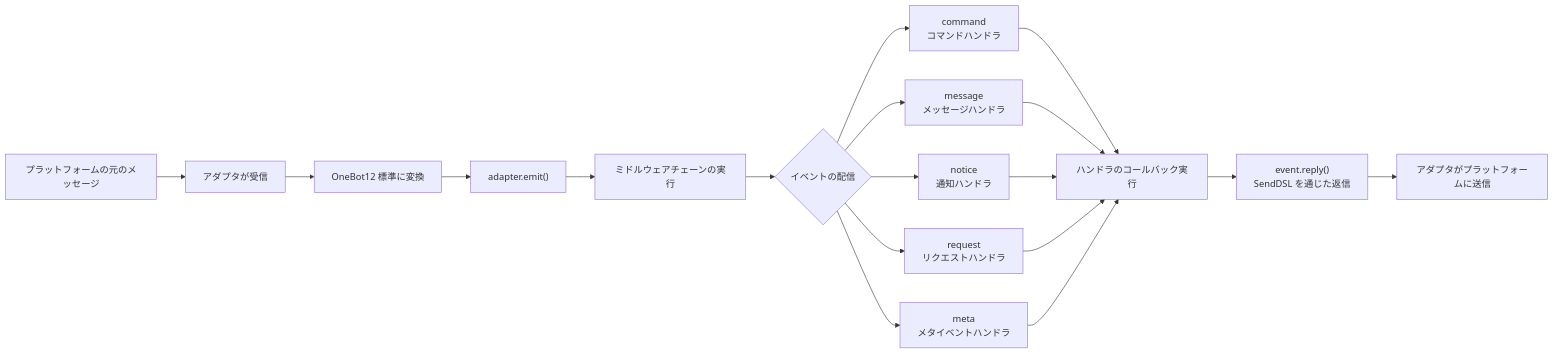
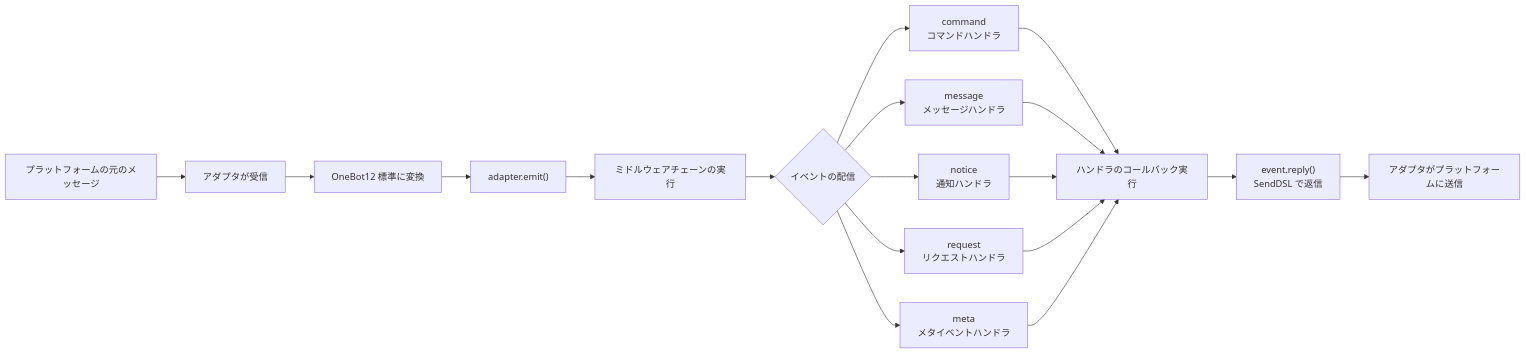
One commit to ErisPulse/ErisPulse changed the third of 9 diagrams in docs/ja/architecture.md. Above: the diagram before and after it, drawn with Mermaid. The commit also changed other lines of this file and 91 other files, not shown here.

````diff
--- a/docs/ja/architecture.md
+++ b/docs/ja/architecture.md
@@ -90,16 +90,16 @@
 ```mermaid
 flowchart LR
     A["プラットフォームの元のメッセージ"] --> B["アダプタが受信"]
     B --> C["OneBot12 標準に変換"]
     C --> D["adapter.emit()"]
     D --> E["ミドルウェアチェーンの実行"]
     E --> F{"イベントの配信"}
     F --> G1["command<br/>コマンドハンドラ"]
     F --> G2["message<br/>メッセージハンドラ"]
     F --> G3["notice<br/>通知ハンドラ"]
     F --> G4["request<br/>リクエストハンドラ"]
     F --> G5["meta<br/>メタイベントハンドラ"]
     G1 & G2 & G3 & G4 & G5 --> H["ハンドラのコールバック実行"]
-    H --> I["event.reply()<br/>SendDSL を通じた返信"]
+    H --> I["event.reply()<br/>SendDSL で返信"]
     I --> J["アダプタがプラットフォームに送信"]
 ```
````
